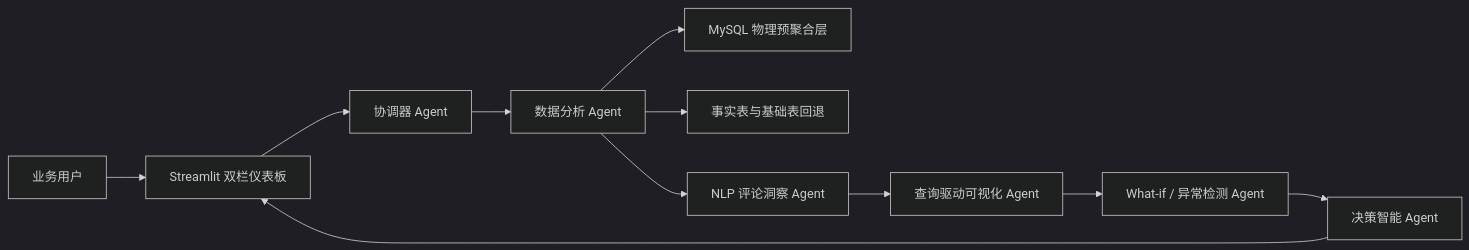
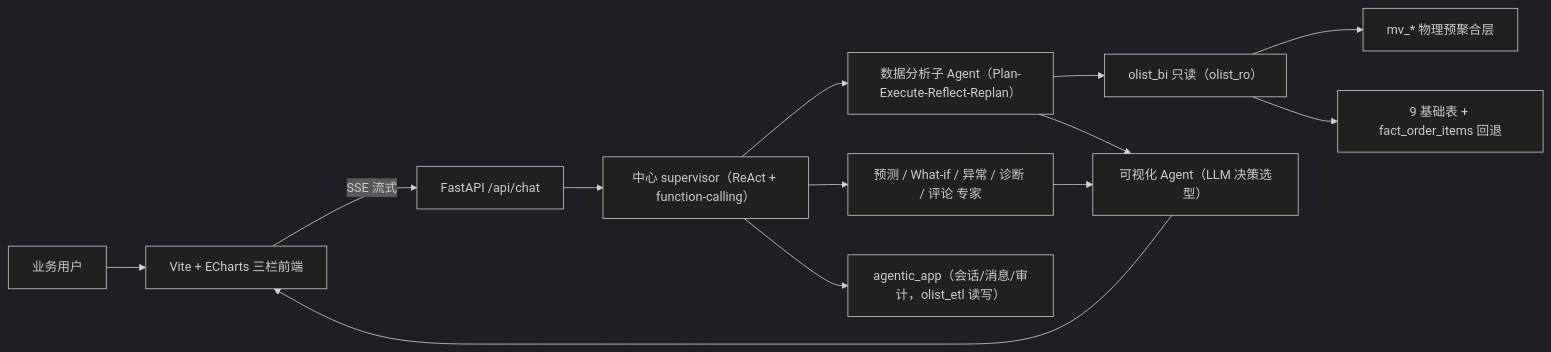
The diagram in docs/project_report.md (traveler703/AgenticBI_Final_Olist), drawn with Mermaid (dark theme) before and after one commit. The commit also changed other lines of this file and 16 other files, not shown here.

````diff
--- a/docs/project_report.md
+++ b/docs/project_report.md
@@ -18,13 +27,15 @@
 ```mermaid
 flowchart LR
-    U["业务用户"] --> UI["Streamlit 双栏仪表板"]
-    UI --> C["协调器 Agent"]
-    C --> D["数据分析 Agent"]
-    D --> MV["MySQL 物理预聚合层"]
-    D --> B["事实表与基础表回退"]
-    D --> N["NLP 评论洞察 Agent"]
-    N --> V["查询驱动可视化 Agent"]
-    V --> W["What-if / 异常检测 Agent"]
-    W --> A["决策智能 Agent"]
-    A --> UI
+    U["业务用户"] --> FE["Vite + ECharts 三栏前端"]
+    FE -->|SSE 流式| API["FastAPI /api/chat"]
+    API --> S["中心 supervisor（ReAct + function-calling）"]
+    S --> D["数据分析子 Agent（Plan-Execute-Reflect-Replan）"]
+    S --> F["预测 / What-if / 异常 / 诊断 / 评论 专家"]
+    D --> RO["olist_bi 只读（olist_ro）"]
+    RO --> MV["mv_* 物理预聚合层"]
+    RO --> BASE["9 基础表 + fact_order_items 回退"]
+    D --> VIZ["可视化 Agent（LLM 决策选型）"]
+    F --> VIZ
+    S --> APP["agentic_app（会话/消息/审计，olist_etl 读写）"]
+    VIZ --> FE
 ```
````
